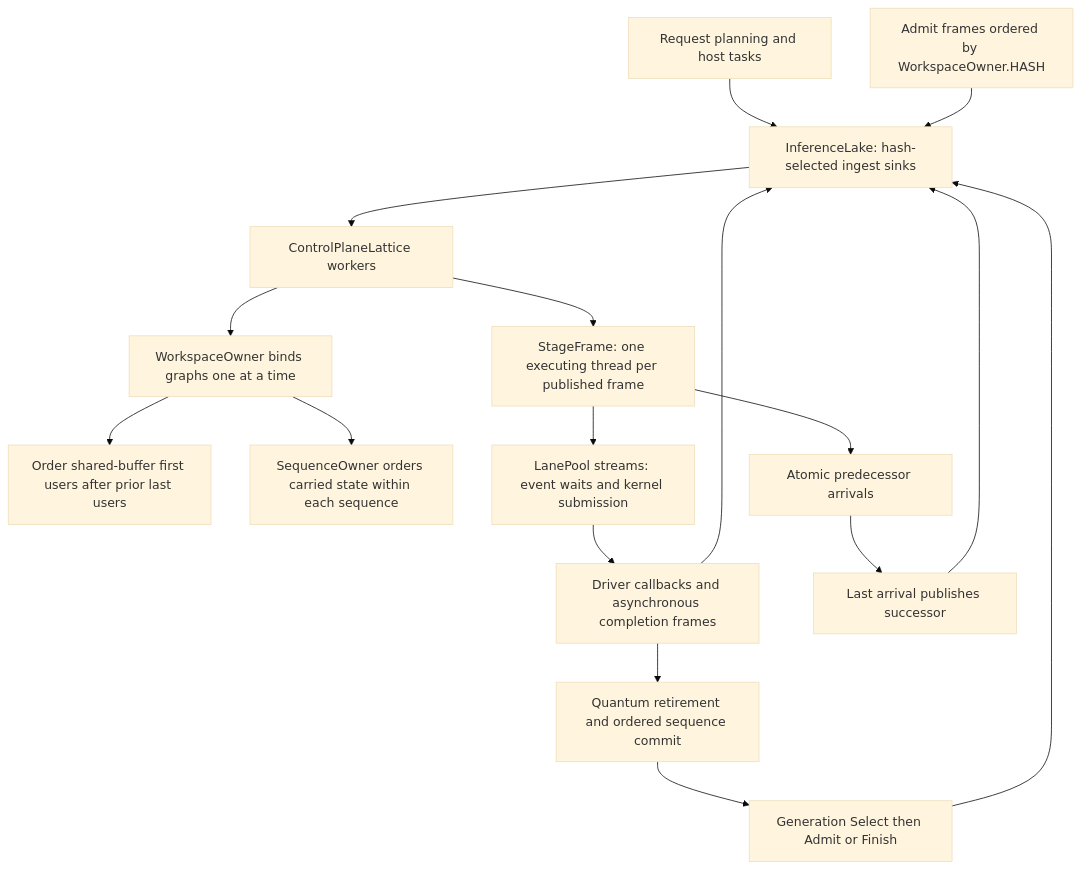
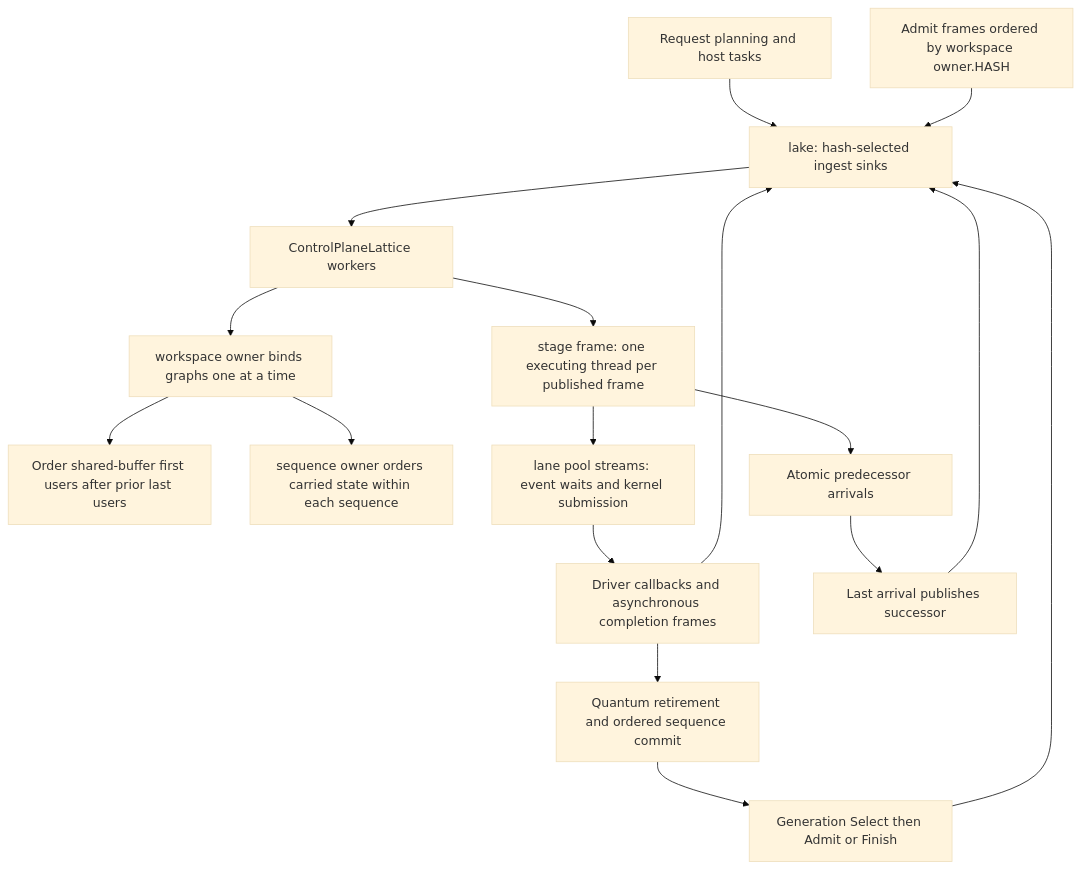
Before and after one commit to Euhedral-Engine/Euhedral: the diagram in docs/architecture/08-concurrency-and-ownership.md, drawn with Mermaid (base theme). The commit also changed other lines of this file and 21 other files, not shown here.

Commit message:
docs: anchor the architecture and subsystem docs on the Rust crates and drop the Java and Gradle references

````diff
--- a/docs/architecture/08-concurrency-and-ownership.md
+++ b/docs/architecture/08-concurrency-and-ownership.md
@@ -5,19 +5,19 @@
 ```mermaid
 flowchart TB
-    Request[Request planning and host tasks] --> Lake[InferenceLake: hash-selected ingest sinks]
-    Admit[Admit frames ordered by WorkspaceOwner.HASH] --> Lake
+    Request[Request planning and host tasks] --> Lake[lake: hash-selected ingest sinks]
+    Admit[Admit frames ordered by workspace owner.HASH] --> Lake
     Callback[Driver callbacks and asynchronous completion frames] --> Lake
     Lake --> Fabric[ControlPlaneLattice workers]
-    Fabric --> Owner[WorkspaceOwner binds graphs one at a time]
+    Fabric --> Owner[workspace owner binds graphs one at a time]
     Owner --> Shared[Order shared-buffer first users after prior last users]
-    Owner --> Sequence[SequenceOwner orders carried state within each sequence]
-    Fabric --> Stage[StageFrame: one executing thread per published frame]
+    Owner --> Sequence[sequence owner orders carried state within each sequence]
+    Fabric --> Stage[stage frame: one executing thread per published frame]
     Stage --> Edge[Atomic predecessor arrivals]
     Edge --> Ready[Last arrival publishes successor]
     Ready --> Lake
-    Stage --> GPU[LanePool streams: event waits and kernel submission]
+    Stage --> GPU[lane pool streams: event waits and kernel submission]
     GPU --> Callback
     Callback --> Retire[Quantum retirement and ordered sequence commit]
     Retire --> Select[Generation Select then Admit or Finish]
     Select --> Lake
 ```
````
